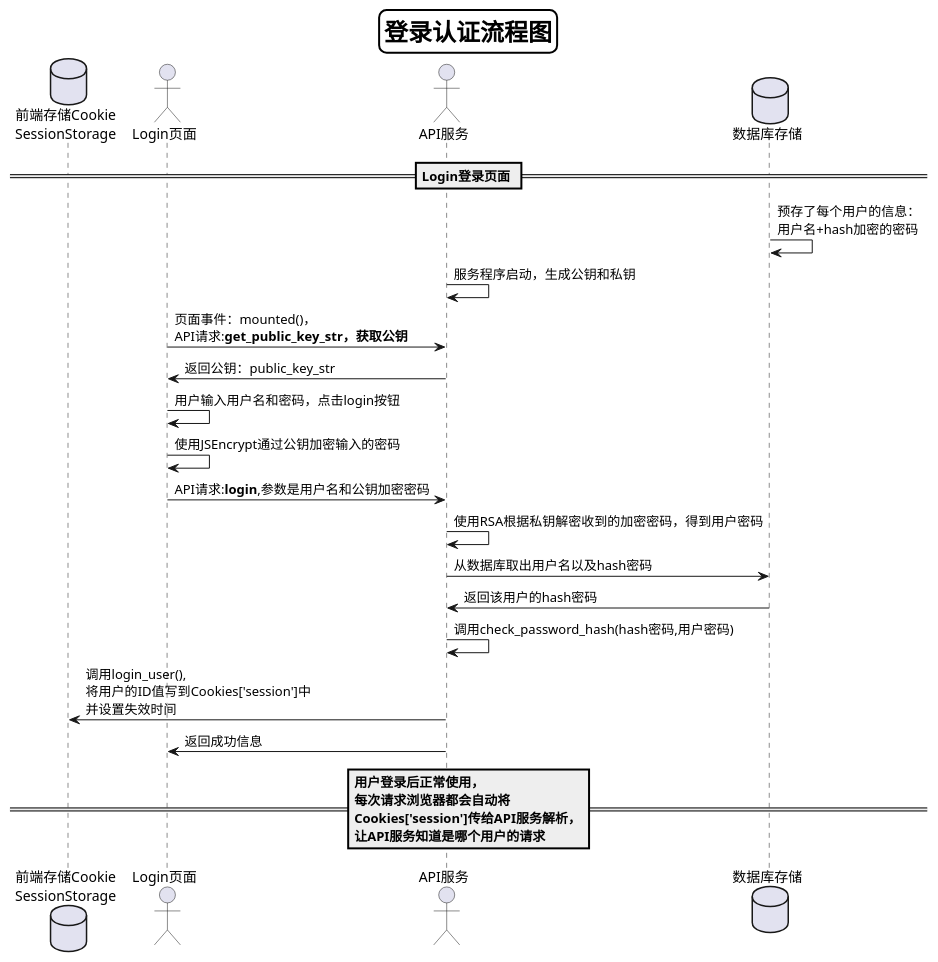
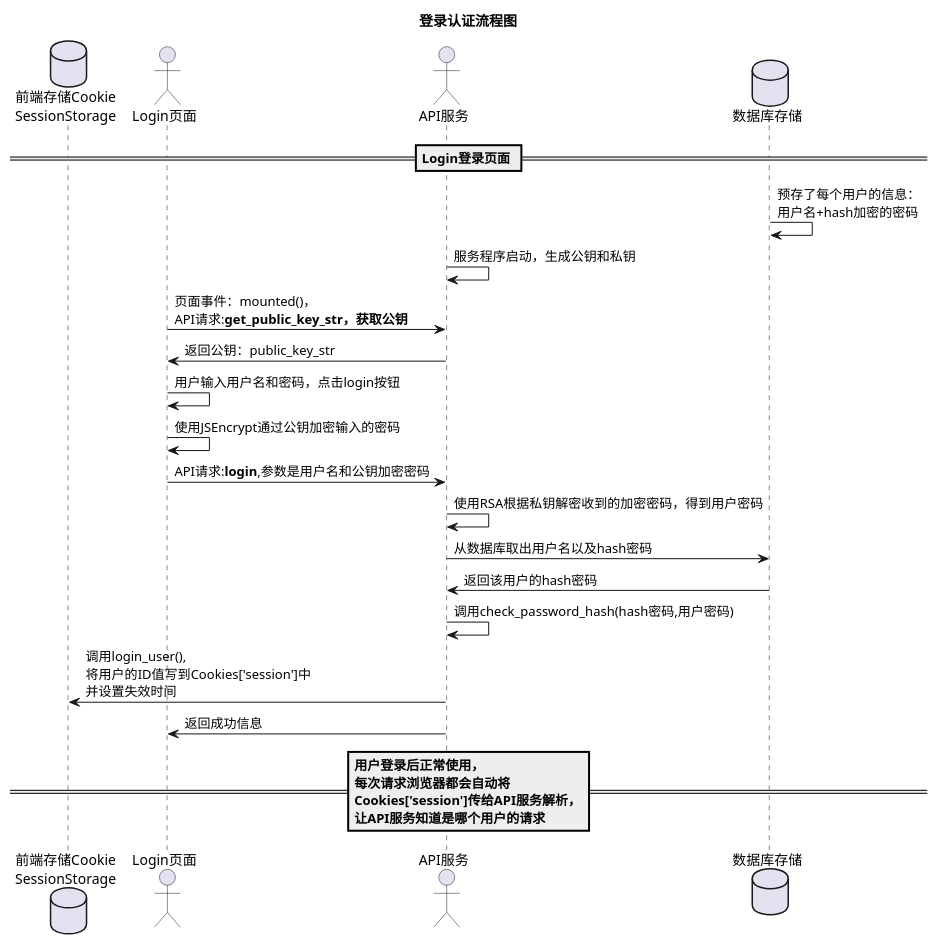
The diagram in test6/src/登录认证流程图.md (zhangji123456/is_analysis), drawn with PlantUML before and after one commit.

```diff
--- a/test6/src/登录认证流程图.md
+++ b/test6/src/登录认证流程图.md
@@ -1,29 +1,25 @@
 @startuml
-skinparam titleBorderRoundCorner 15
-skinparam titleBorderThickness 2
-skinparam titleBorderColor #Black
-skinparam titleFontSize 24
 Title 登录认证流程图
 
 database "前端存储Cookie\nSessionStorage" as 前端存储
 actor Login页面
 actor API服务
 database 数据库存储
 
 == Login登录页面 ==
 数据库存储->数据库存储:预存了每个用户的信息：\n用户名+hash加密的密码
 API服务->API服务:服务程序启动，生成公钥和私钥
 Login页面->API服务:页面事件：mounted()，\nAPI请求:<b>get_public_key_str<b>，获取公钥
 API服务->Login页面:返回公钥：public_key_str
 Login页面->Login页面:用户输入用户名和密码，点击login按钮
 Login页面->Login页面:使用JSEncrypt通过公钥加密输入的密码
 Login页面->API服务:API请求:<b>login</b>,参数是用户名和公钥加密密码
 API服务->API服务:使用RSA根据私钥解密收到的加密密码，得到用户密码
 API服务->数据库存储:从数据库取出用户名以及hash密码
 数据库存储->API服务:返回该用户的hash密码
 API服务->API服务:调用check_password_hash(hash密码,用户密码)
 API服务->前端存储:调用login_user(),\n将用户的ID值写到Cookies['session']中\n并设置失效时间
 API服务->Login页面:返回成功信息
 == 用户登录后正常使用，\n每次请求浏览器都会自动将\nCookies['session']传给API服务解析，\n让API服务知道是哪个用户的请求==
 
 @enduml
```
